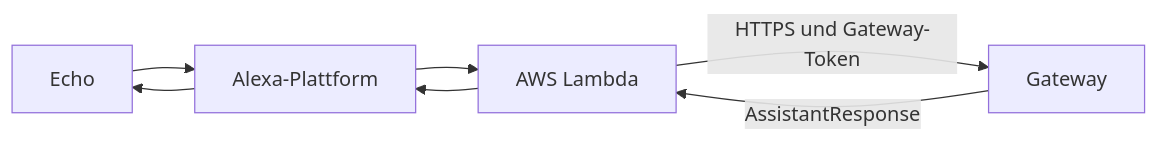
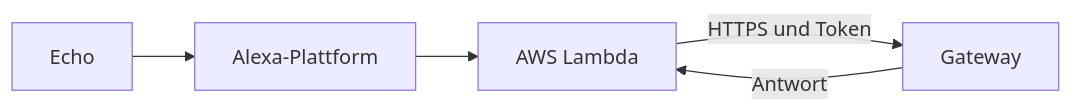
One commit to dezihh/meinhelfer changed the diagram in helpdoc/ALEXA.md. Above: the diagram before and after it, drawn with Mermaid. The commit also changed other lines of this file, not shown here.

First line of the commit message:
docs(alexa): Weg A/B, Namens- und Modellschritte

````diff
--- a/helpdoc/ALEXA.md
+++ b/helpdoc/ALEXA.md
@@ -10,9 +30,7 @@
 ```mermaid
 flowchart LR
     E[Echo] --> P[Alexa-Plattform]
     P --> L[AWS Lambda]
-    L -->|HTTPS und Gateway-Token| G[Gateway]
-    G -->|AssistantResponse| L
-    L --> P
-    P --> E
+    L -->|HTTPS und Token| G[Gateway]
+    G -->|Antwort| L
 ```
````
